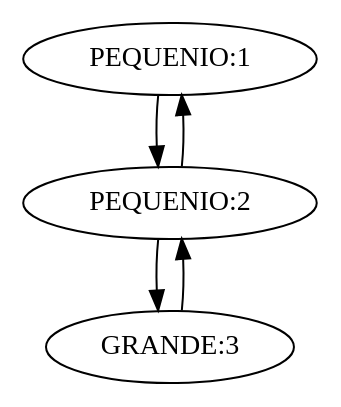
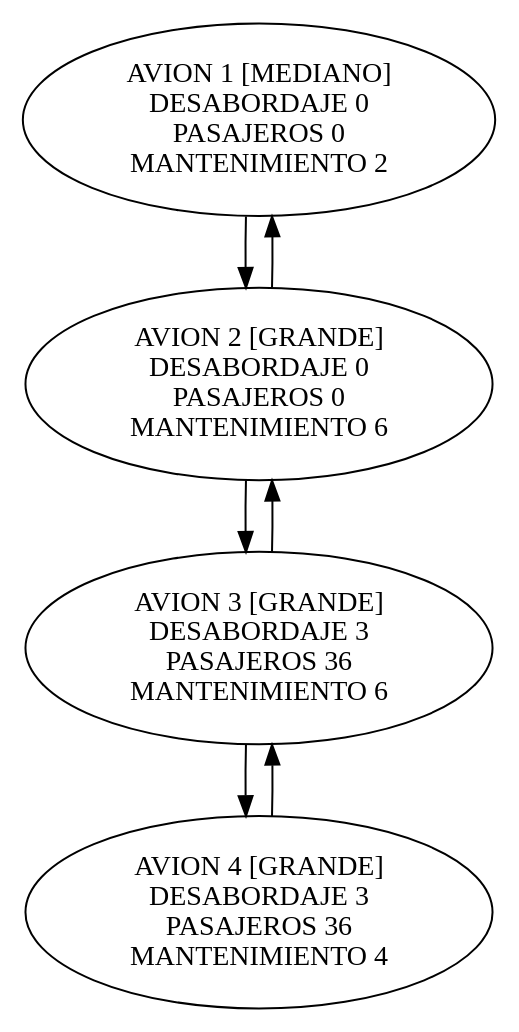
The diagram in IPC1 Proyecto 2/Proyecto2IPC/lista.dot (airton47/IPC1_201602836), drawn with Graphviz before and after one commit. The commit also changed 43 other files, not shown here.

```diff
--- a/IPC1 Proyecto 2/Proyecto2IPC/lista.dot
+++ b/IPC1 Proyecto 2/Proyecto2IPC/lista.dot
@@ -1,10 +1,25 @@
 digraph listadoble{
-nodo2042808967[label="PEQUENIO:1"];
-nodo2042808967->nodo1557229467;
-nodo1557229467->nodo2042808967;
-nodo1557229467[label="PEQUENIO:2"];
-nodo1557229467->nodo1077889625;
-nodo1077889625->nodo1557229467;
-nodo1077889625[label="GRANDE:3"];
+nodo1182370801[label="AVION 1 [MEDIANO]
+DESABORDAJE 0
+PASAJEROS 0
+MANTENIMIENTO 2"];
+nodo1182370801->nodo858292163;
+nodo858292163->nodo1182370801;
+nodo858292163[label="AVION 2 [GRANDE]
+DESABORDAJE 0
+PASAJEROS 0
+MANTENIMIENTO 6"];
+nodo858292163->nodo1493613645;
+nodo1493613645->nodo858292163;
+nodo1493613645[label="AVION 3 [GRANDE]
+DESABORDAJE 3
+PASAJEROS 36
+MANTENIMIENTO 6"];
+nodo1493613645->nodo464910265;
+nodo464910265->nodo1493613645;
+nodo464910265[label="AVION 4 [GRANDE]
+DESABORDAJE 3
+PASAJEROS 36
+MANTENIMIENTO 4"];
 
 }
```
